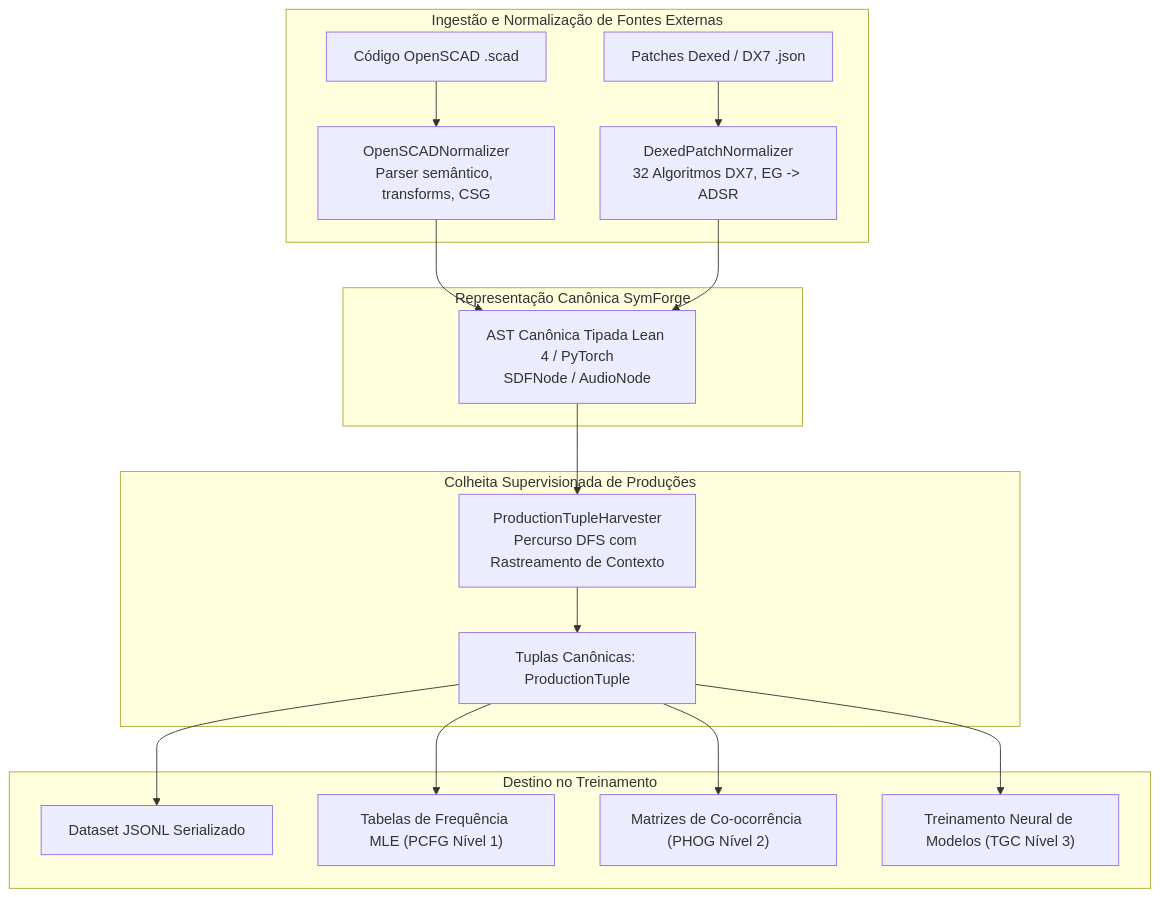
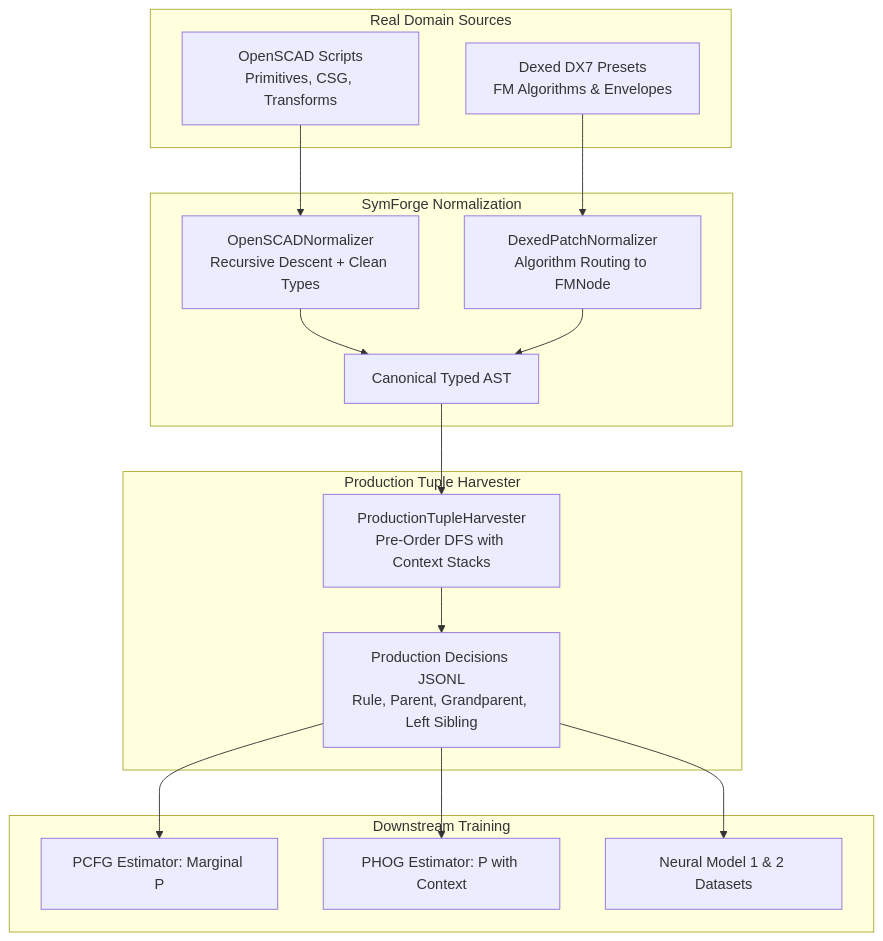
One commit to racoci/symforge changed the diagram in docs/architecture/data_normalizer_and_harvester.md. Above: the diagram before and after it, drawn with Mermaid. The commit also changed other lines of this file and 12 other files, not shown here.

Commit message:
docs: translate README and complete architecture documentation to English

````diff
--- a/docs/architecture/data_normalizer_and_harvester.md
+++ b/docs/architecture/data_normalizer_and_harvester.md
@@ -57,24 +56,25 @@
 ```mermaid
 graph TD
-    subgraph Ingestion [Ingestão e Normalização de Fontes Externas]
-        CAD["Código OpenSCAD .scad"] --> N_CAD["OpenSCADNormalizer<br/>Parser semântico, transforms, CSG"]
-        FM["Patches Dexed / DX7 .json"] --> N_FM["DexedPatchNormalizer<br/>32 Algoritmos DX7, EG -> ADSR"]
+    subgraph IngestionSources [Real Domain Sources]
+        SCAD[OpenSCAD Scripts<br/>Primitives, CSG, Transforms]
+        DX7[Dexed DX7 Presets<br/>FM Algorithms & Envelopes]
     end
 
-    subgraph CanonicalAST [Representação Canônica SymForge]
-        N_CAD --> AST["AST Canônica Tipada Lean 4 / PyTorch<br/>SDFNode / AudioNode"]
-        N_FM --> AST
+    subgraph Normalizers [SymForge Normalization]
+        SCAD --> N_SCAD[OpenSCADNormalizer<br/>Recursive Descent + Clean Types]
+        DX7 --> N_DX7[DexedPatchNormalizer<br/>Algorithm Routing to FMNode]
+        N_SCAD --> AST[Canonical Typed AST]
+        N_DX7 --> AST
     end
 
-    subgraph HarvesterModule [Colheita Supervisionada de Produções]
-        AST --> HARV["ProductionTupleHarvester<br/>Percurso DFS com Rastreamento de Contexto"]
-        HARV --> TUP["Tuplas Canônicas: ProductionTuple"]
+    subgraph Harvesting [Production Tuple Harvester]
+        AST --> HARV[ProductionTupleHarvester<br/>Pre-Order DFS with Context Stacks]
+        HARV --> TUP[Production Decisions JSONL<br/>Rule, Parent, Grandparent, Left Sibling]
     end
 
-    subgraph DownstreamLearning [Destino no Treinamento]
-        TUP --> JSONL["Dataset JSONL Serializado"]
-        TUP --> FREQ["Tabelas de Frequência MLE (PCFG Nível 1)"]
-        TUP --> COOC["Matrizes de Co-ocorrência (PHOG Nível 2)"]
-        TUP --> NEUR["Treinamento Neural de Modelos (TGC Nível 3)"]
+    subgraph LearningDownstream [Downstream Training]
+        TUP --> PCFG[PCFG Estimator: Marginal P]
+        TUP --> PHOG[PHOG Estimator: P with Context]
+        TUP --> NEURAL[Neural Model 1 & 2 Datasets]
     end
 ```
````
